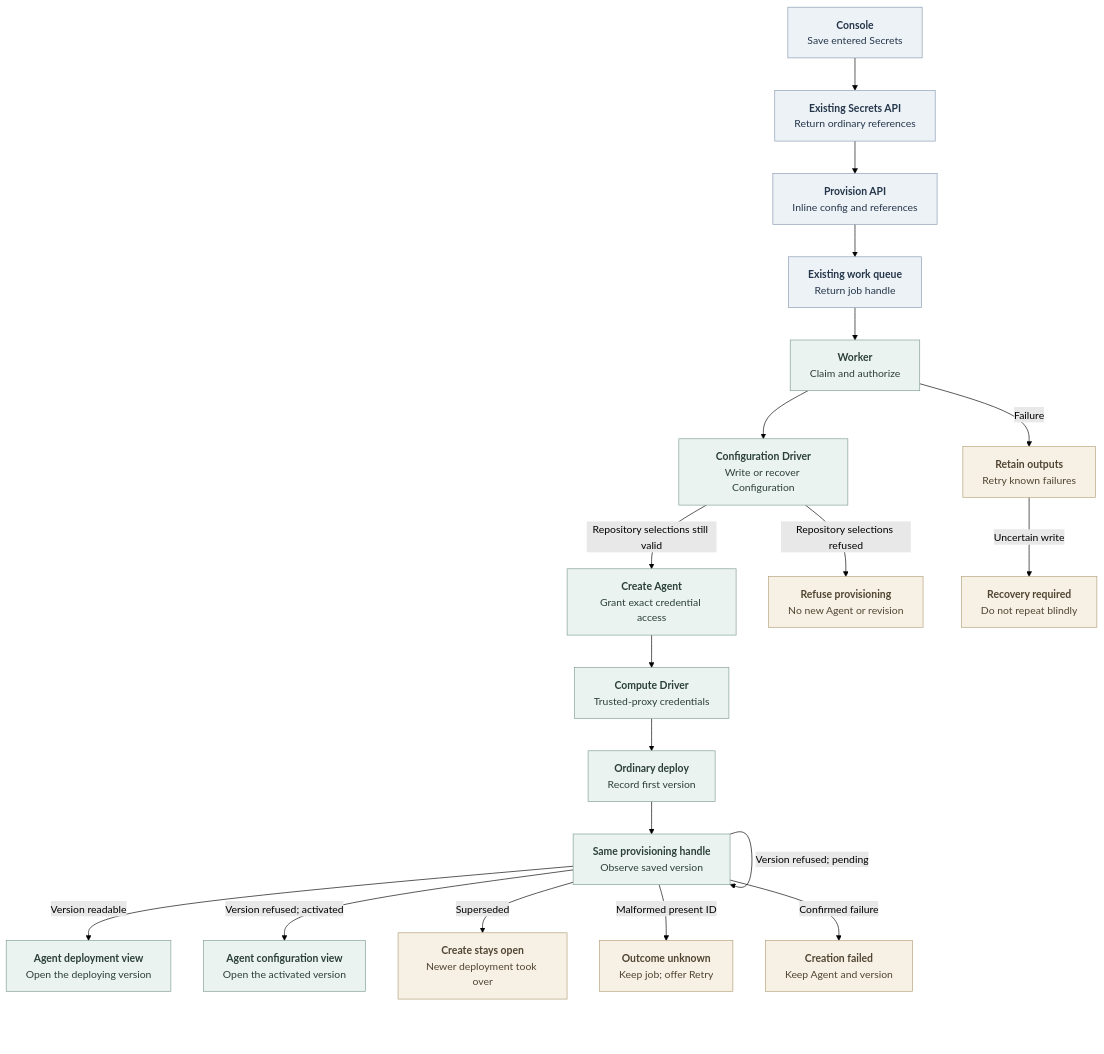
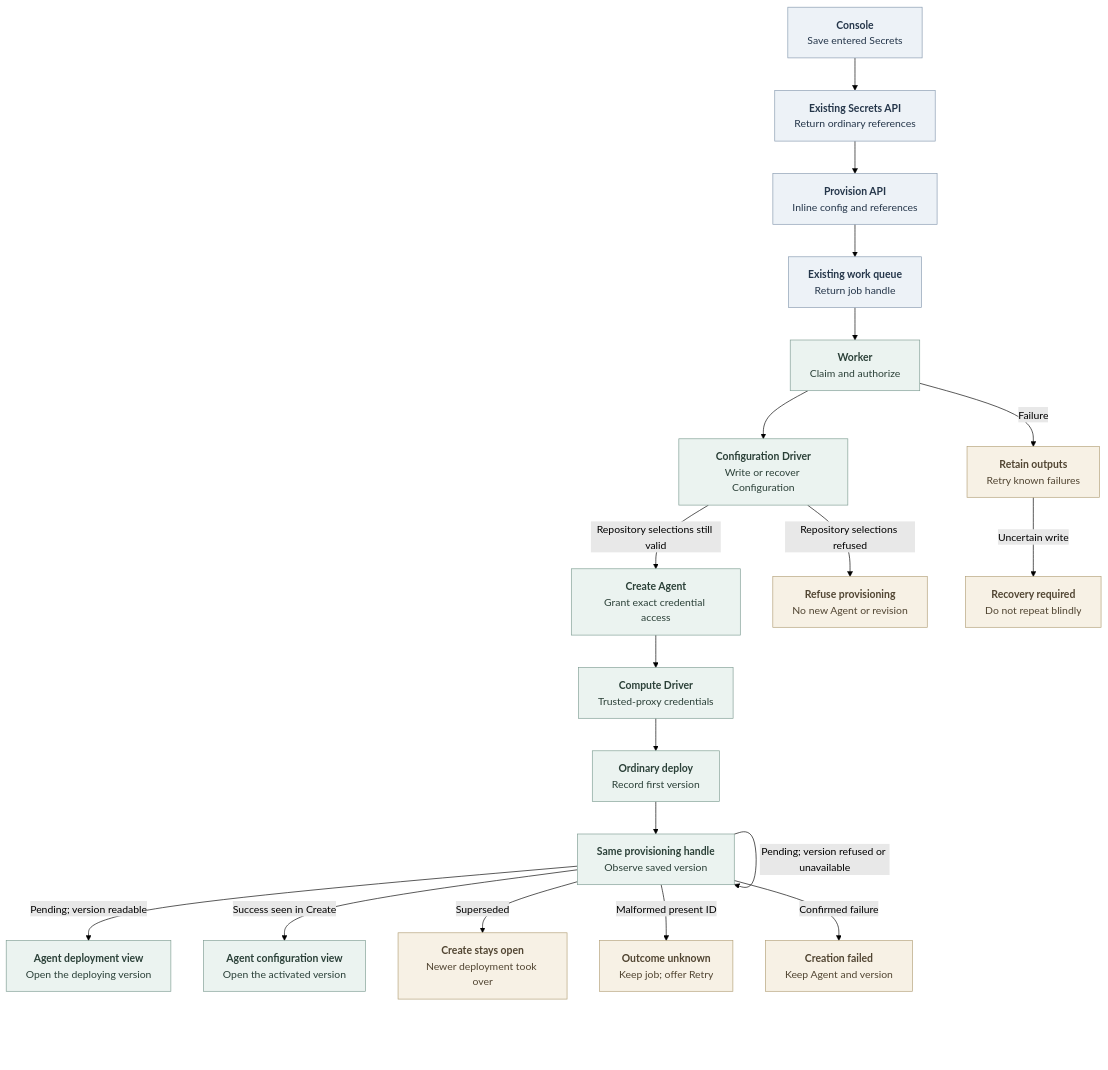
One commit to openclaw/openclaw-enterprise changed the diagram in docs/flows/agent-provisioning.md. Above: the diagram before and after it, drawn with Mermaid (forest theme). The commit also changed other lines of this file and 2 other files, not shown here.

First line of the commit message:
fix(console): pin the stalled-read test to its response and fix the handoff diagram

````diff
--- a/docs/flows/agent-provisioning.md
+++ b/docs/flows/agent-provisioning.md
@@ -25,28 +25,28 @@
 ```mermaid
 graph TD
   Console["<b>Console</b><br/>Save entered Secrets"] --> Secrets["<b>Existing Secrets API</b><br/>Return ordinary references"]
   Secrets --> API["<b>Provision API</b><br/>Inline config and references"]
   API --> Queue["<b>Existing work queue</b><br/>Return job handle"]
   Queue --> Claim["<b>Worker</b><br/>Claim and authorize"]
   Claim --> Config["<b>Configuration Driver</b><br/>Write or recover Configuration"]
   Config -->|Repository selections still valid| Agent["<b>Create Agent</b><br/>Grant exact credential access"]
   Config -->|Repository selections refused| RepoRefused["<b>Refuse provisioning</b><br/>No new Agent or revision"]
   Agent --> Transport["<b>Compute Driver</b><br/>Trusted-proxy credentials"]
   Transport --> Deploy["<b>Ordinary deploy</b><br/>Record first version"]
   Deploy --> Observe["<b>Same provisioning handle</b><br/>Observe saved version"]
-  Observe -->|Version readable| UI["<b>Agent deployment view</b><br/>Open the deploying version"]
-  Observe -->|Version refused; pending| Observe
-  Observe -->|Version refused; activated| Settings["<b>Agent configuration view</b><br/>Open the activated version"]
+  Observe -->|Pending; version readable| UI["<b>Agent deployment view</b><br/>Open the deploying version"]
+  Observe -->|Pending; version refused or unavailable| Observe
+  Observe -->|Success seen in Create| Settings["<b>Agent configuration view</b><br/>Open the activated version"]
   Observe -->|Superseded| Superseded["<b>Create stays open</b><br/>Newer deployment took over"]
   Observe -->|Malformed present ID| Unknown["<b>Outcome unknown</b><br/>Keep job; offer Retry"]
   Observe -->|Confirmed failure| Terminal["<b>Creation failed</b><br/>Keep Agent and version"]
   Claim -->|Failure| Failed["<b>Retain outputs</b><br/>Retry known failures"]
   Failed -->|Uncertain write| Recovery["<b>Recovery required</b><br/>Do not repeat blindly"]
 
   classDef state fill:#EDF2F7,stroke:#879AB0,color:#25364A,stroke-width:1px
   classDef operation fill:#EBF3F0,stroke:#7F9D93,color:#2B4038,stroke-width:1px
   classDef condition fill:#F7F1E5,stroke:#B3A078,color:#514532,stroke-width:1px
   class Console,Secrets,API,Queue state
   class Claim,Config,Agent,Transport,Deploy,Observe,UI,Settings operation
   class Failed,Recovery,Terminal,Superseded,RepoRefused,Unknown condition
 ```
````
